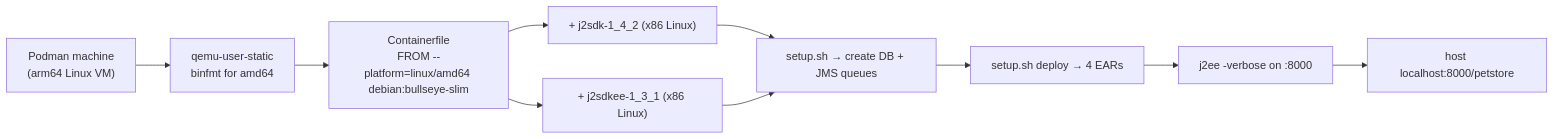
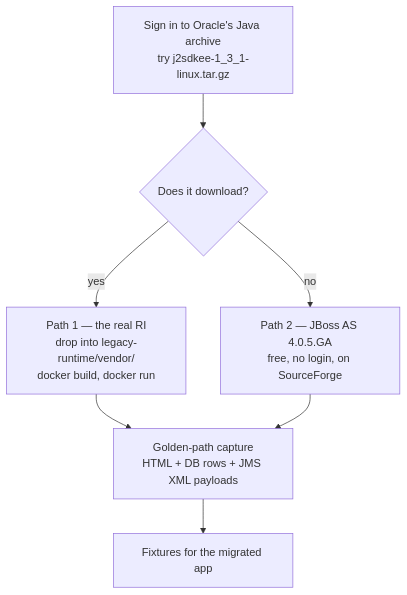
Before and after one commit to jucasoliveira/kitchensink: the diagram in docs/02-running-the-legacy-app.md, drawn with Mermaid. The commit also changed other lines of this file and 12 other files, not shown here.

````diff
--- a/docs/02-running-the-legacy-app.md
+++ b/docs/02-running-the-legacy-app.md
@@ -53,11 +104,9 @@
 ```mermaid
-flowchart LR
-    A["Podman machine<br/>(arm64 Linux VM)"] --> B["qemu-user-static<br/>binfmt for amd64"]
-    B --> C["Containerfile<br/>FROM --platform=linux/amd64 debian:bullseye-slim"]
-    C --> D["+ j2sdk-1_4_2 (x86 Linux)"]
-    C --> E["+ j2sdkee-1_3_1 (x86 Linux)"]
-    D & E --> F["setup.sh → create DB + JMS queues"]
-    F --> G["setup.sh deploy → 4 EARs"]
-    G --> H["j2ee -verbose on :8000"]
-    H --> I["host localhost:8000/petstore"]
+flowchart TD
+    A["Sign in to Oracle's Java archive<br/>try j2sdkee-1_3_1-linux.tar.gz"] --> B{"Does it download?"}
+    B -->|yes| C["Path 1 — the real RI<br/>drop into legacy-runtime/vendor/<br/>docker build, docker run"]
+    B -->|no| D["Path 2 — JBoss AS 4.0.5.GA<br/>free, no login, on SourceForge"]
+    C --> E["Golden-path capture<br/>HTML + DB rows + JMS XML payloads"]
+    D --> E
+    E --> F["Fixtures for the migrated app"]
 ```
````
